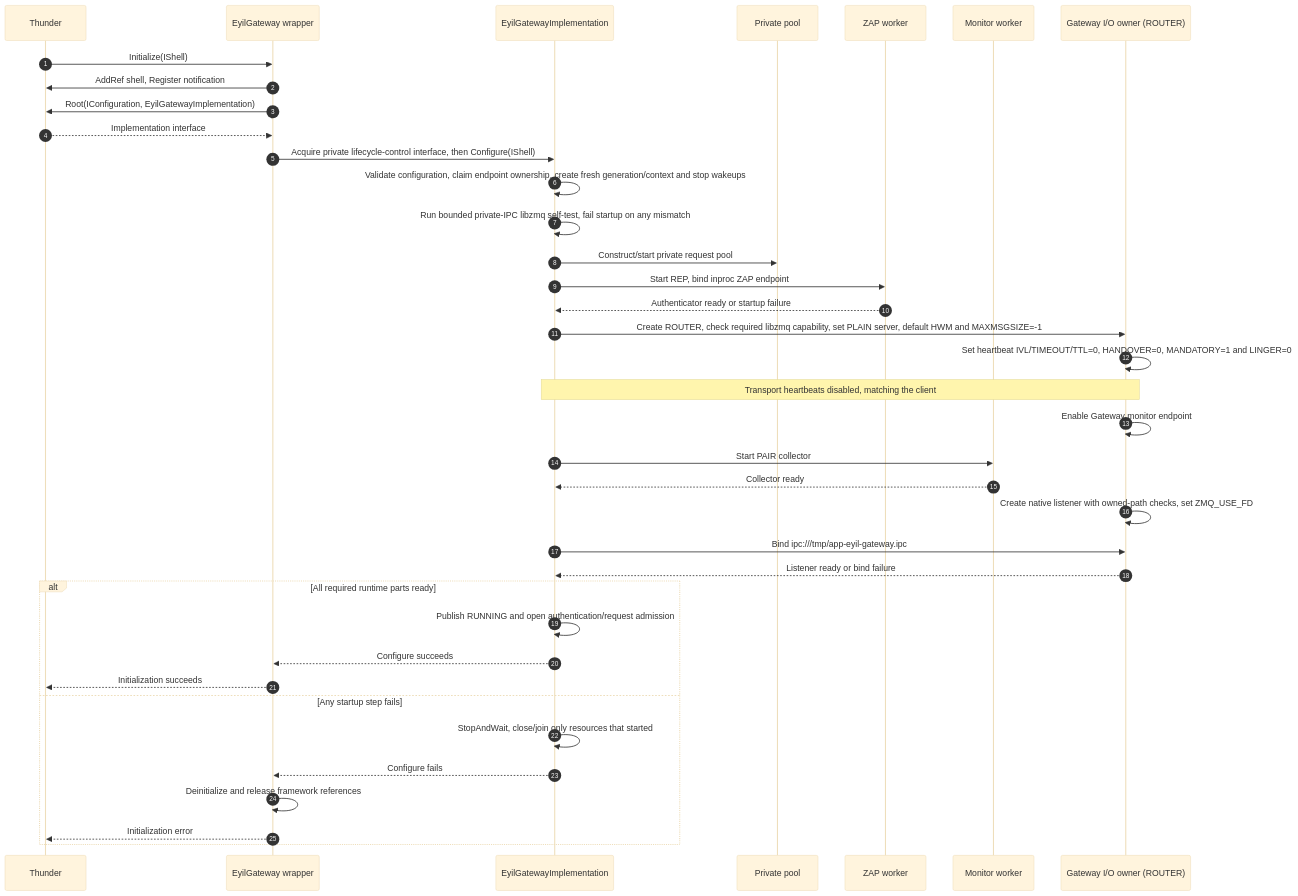
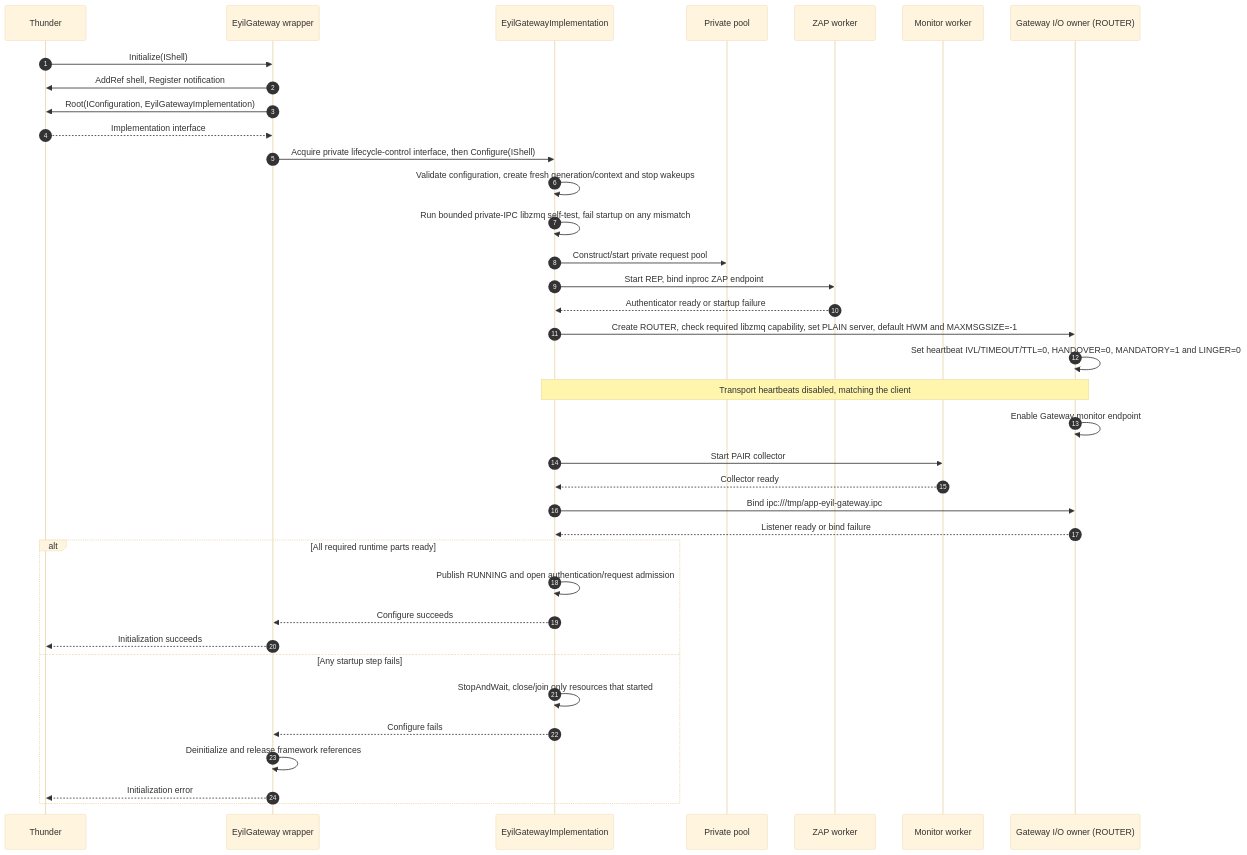
Before and after one commit to rdkcentral/eyil-secure-gateway: the second of 19 diagrams in doc/EyilGateway.md, drawn with Mermaid (base theme). The commit also changed other lines of this file and 2 other files, not shown here.

````diff
--- a/doc/EyilGateway.md
+++ b/doc/EyilGateway.md
@@ -411,40 +420,39 @@
 ```mermaid
 sequenceDiagram
     autonumber
     participant T as Thunder
     participant P as EyilGateway wrapper
     participant I as EyilGatewayImplementation
     participant W as Private pool
     participant Z as ZAP worker
     participant M as Monitor worker
     participant R as Gateway I/O owner (ROUTER)
     T->>P: Initialize(IShell)
     P->>T: AddRef shell, Register notification
     P->>T: Root(IConfiguration, EyilGatewayImplementation)
     T-->>P: Implementation interface
     P->>I: Acquire private lifecycle-control interface, then Configure(IShell)
-    I->>I: Validate configuration, claim endpoint ownership, create fresh generation/context and stop wakeups
+    I->>I: Validate configuration, create fresh generation/context and stop wakeups
     I->>I: Run bounded private-IPC libzmq self-test, fail startup on any mismatch
     I->>W: Construct/start private request pool
     I->>Z: Start REP, bind inproc ZAP endpoint
     Z-->>I: Authenticator ready or startup failure
     I->>R: Create ROUTER, check required libzmq capability, set PLAIN server, default HWM and MAXMSGSIZE=-1
     R->>R: Set heartbeat IVL/TIMEOUT/TTL=0, HANDOVER=0, MANDATORY=1 and LINGER=0
     Note over I,R: Transport heartbeats disabled, matching the client
     R->>R: Enable Gateway monitor endpoint
     I->>M: Start PAIR collector
     M-->>I: Collector ready
-    R->>R: Create native listener with owned-path checks, set ZMQ_USE_FD
     I->>R: Bind ipc:///tmp/app-eyil-gateway.ipc
     R-->>I: Listener ready or bind failure
     alt All required runtime parts ready
         I->>I: Publish RUNNING and open authentication/request admission
         I-->>P: Configure succeeds
         P-->>T: Initialization succeeds
     else Any startup step fails
         I->>I: StopAndWait, close/join only resources that started
         I-->>P: Configure fails
         P->>P: Deinitialize and release framework references
         P-->>T: Initialization error
     end
 ```
````
